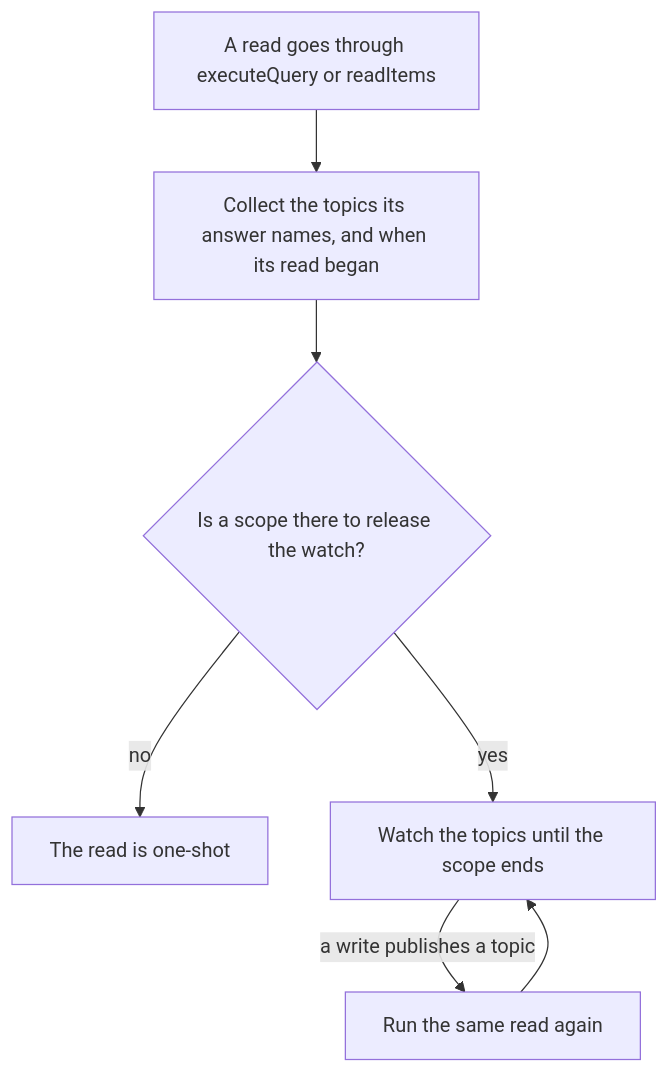
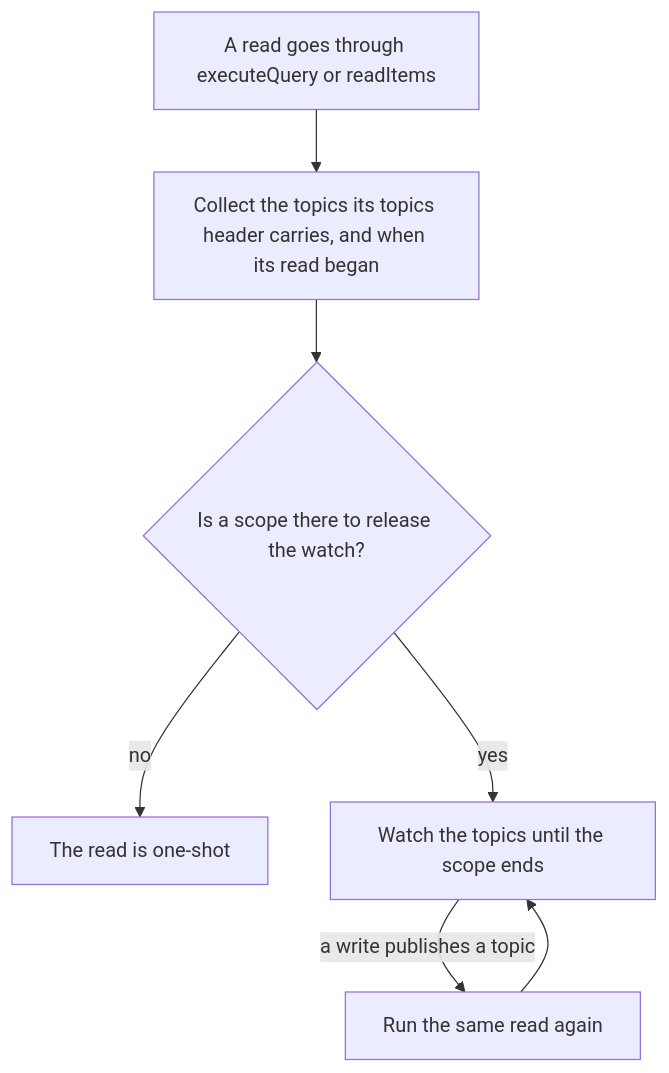
Before and after one commit to Esposter/Esposter: the first of 3 diagrams in openspec/specs/architecture/client-data/design.md, drawn with Mermaid. The commit also changed other lines of this file and 1 other file, not shown here.

First line of the commit message:
docs(openspec): the live topics are inferred, so the client-data and cloudflare-services pages state that model and point at its design

````diff
--- a/openspec/specs/architecture/client-data/design.md
+++ b/openspec/specs/architecture/client-data/design.md
@@ -49,9 +49,9 @@
 ```mermaid
 flowchart TD
-  Read[A read goes through executeQuery or readItems] --> Collect[Collect the topics its answer names, and when its read began]
+  Read[A read goes through executeQuery or readItems] --> Collect[Collect the topics its topics header carries, and when its read began]
   Collect --> Scope{Is a scope there to release the watch?}
   Scope -->|no| Once[The read is one-shot]
   Scope -->|yes| Watch[Watch the topics until the scope ends]
   Watch -->|a write publishes a topic| Again[Run the same read again]
   Again --> Watch
 ```
````
